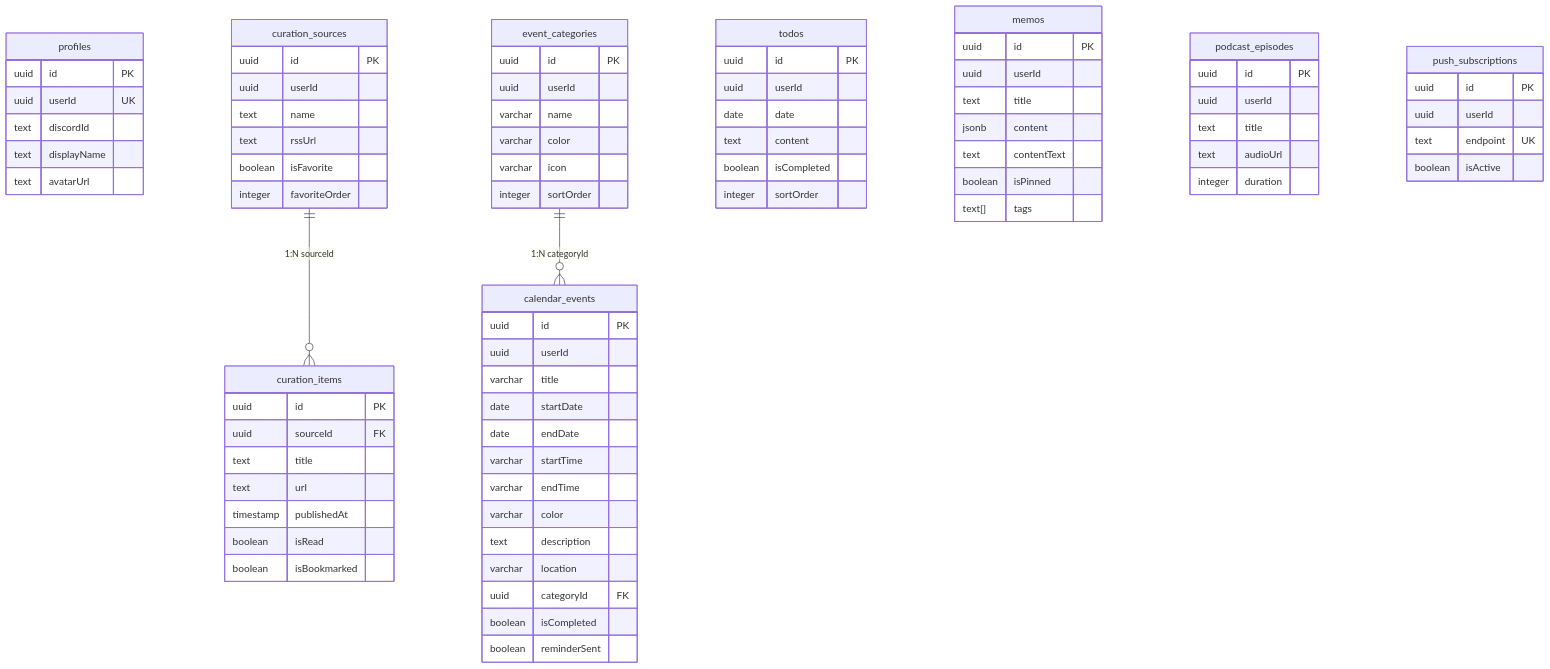
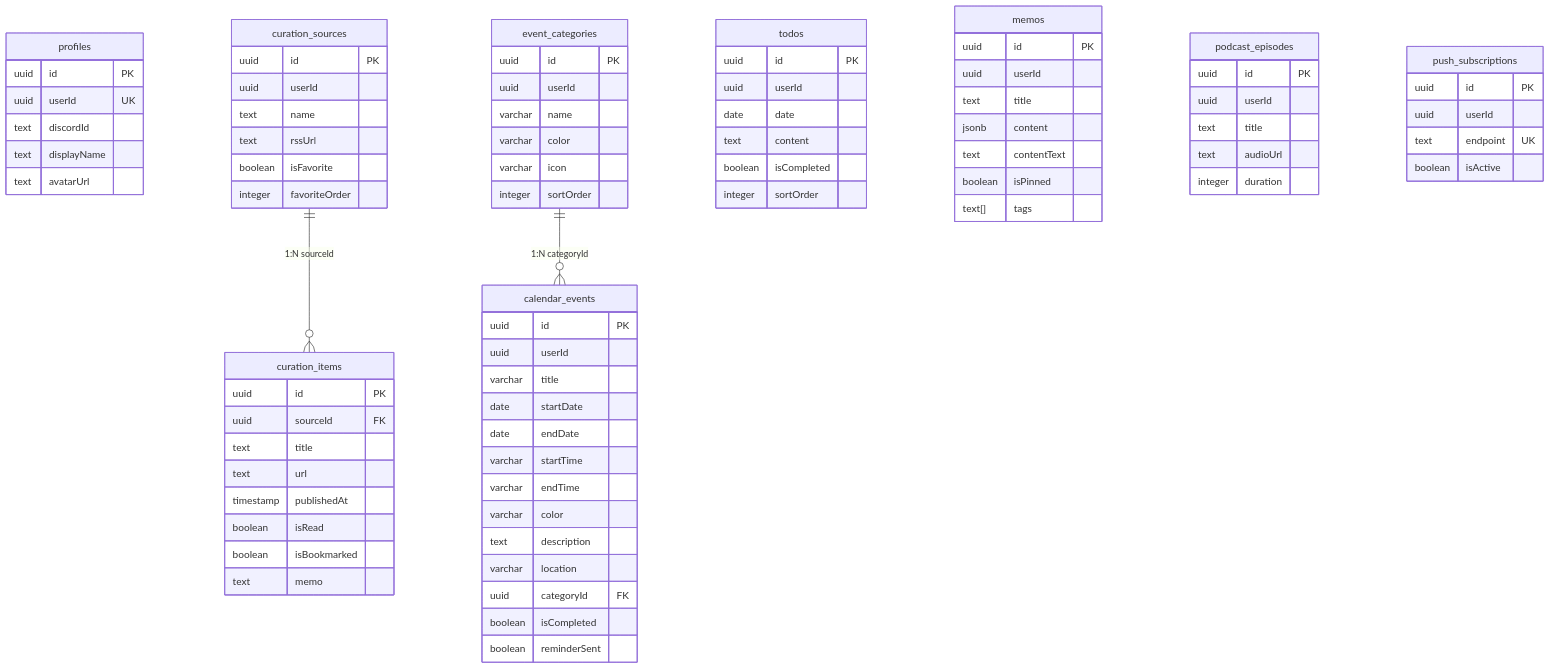
The fourth of 4 diagrams in docs/ARCHITECTURE.md (bbbang105/forme), drawn with Mermaid before and after one commit. The commit also changed other lines of this file and 14 other files, not shown here.

```diff
--- a/docs/ARCHITECTURE.md
+++ b/docs/ARCHITECTURE.md
@@ -213,6 +214,7 @@
     timestamp publishedAt
     boolean isRead
     boolean isBookmarked
+    text memo
   }
 
   event_categories {
```
